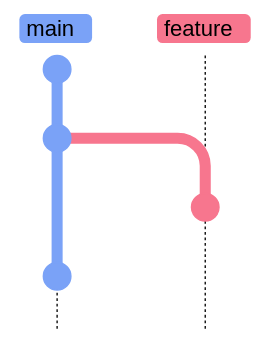
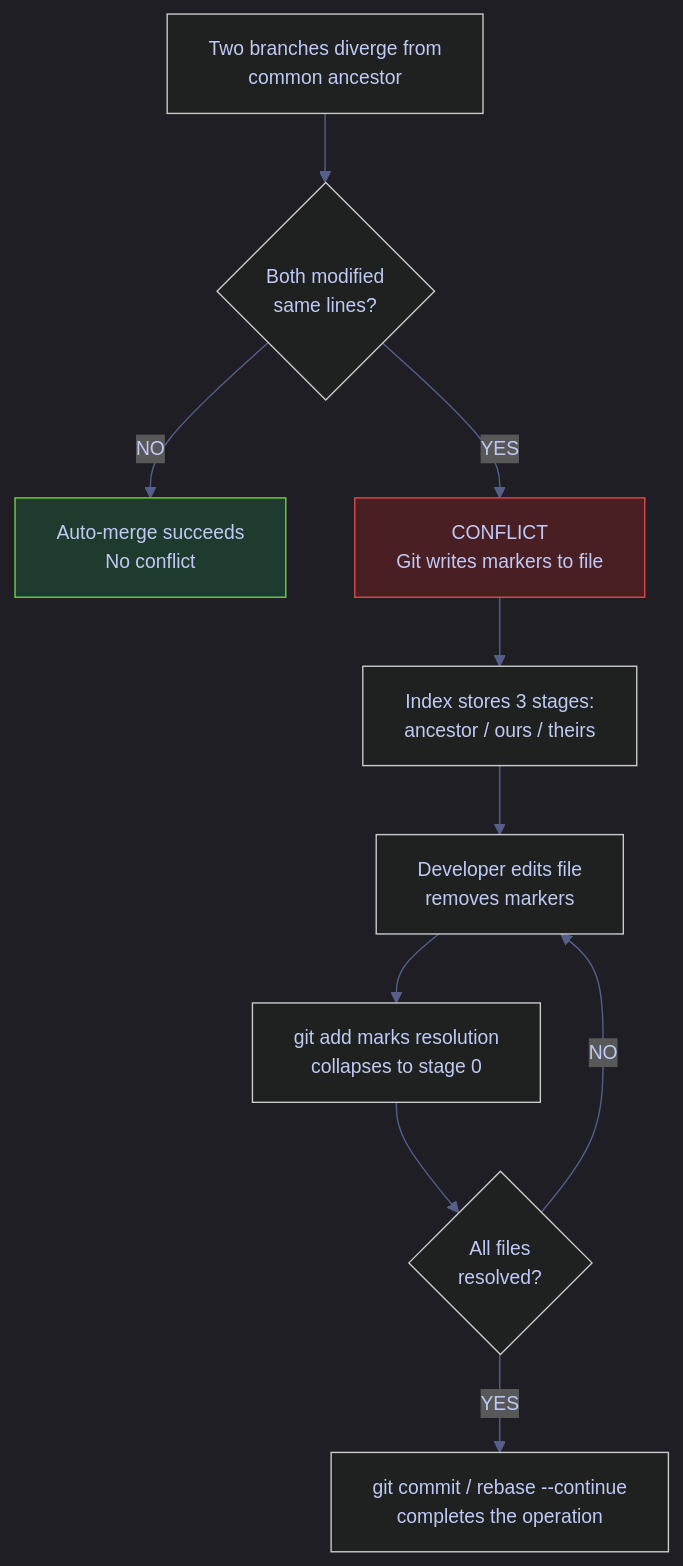
One commit to alp78/elysium changed the first of 4 diagrams in content/08-Git/10-git-merge-conflicts.md. Above: the diagram before and after it, drawn with Mermaid. The commit also changed other lines of this file and 13 other files, not shown here.

````diff
--- a/content/08-Git/10-git-merge-conflicts.md
+++ b/content/08-Git/10-git-merge-conflicts.md
@@ -28,10 +42,27 @@
 ```mermaid
-%%{init: {'theme': 'base', 'themeVariables': {'git0': '#7aa2f7', 'git1': '#f7768e', 'git2': '#9ece6a', 'git3': '#e0af68', 'git4': '#bb9af7', 'gitBranchLabel0': '#000000', 'gitBranchLabel1': '#000000', 'gitBranchLabel2': '#000000', 'gitBranchLabel3': '#000000', 'commitLabelColor': '#ffffff', 'commitLabelBackground': 'transparent', 'commitLabelFontSize': '14px', 'tagLabelColor': '#000000', 'tagLabelBackground': '#c0caf5'}, 'gitGraph': {'mainBranchName': 'main'}} }%%
-gitGraph TB:
-  commit id: "A"
-  commit id: "B"
-  branch feature
-  commit id: "C"
-  checkout main
-  commit id: "D"
+%%{init: {'theme': 'dark', 'themeVariables': {
+  'primaryColor': '#292e42',
+  'primaryTextColor': '#c0caf5',
+  'primaryBorderColor': '#565f89',
+  'lineColor': '#565f89',
+  'secondaryColor': '#1a1b26',
+  'tertiaryColor': '#24283b',
+  'noteTextColor': '#c0caf5',
+  'noteBkgColor': '#292e42',
+  'textColor': '#c0caf5',
+  'fontSize': '14px'
+}}}%%
+flowchart TD
+    A["Two branches diverge from<br/>common ancestor"] --> B{"Both modified<br/>same lines?"}
+    B -->|NO| C["Auto-merge succeeds<br/>No conflict"]
+    B -->|YES| D["CONFLICT<br/>Git writes markers to file"]
+    D --> E["Index stores 3 stages:<br/>ancestor / ours / theirs"]
+    E --> F["Developer edits file<br/>removes markers"]
+    F --> G["git add marks resolution<br/>collapses to stage 0"]
+    G --> H{"All files<br/>resolved?"}
+    H -->|NO| F
+    H -->|YES| I["git commit / rebase --continue<br/>completes the operation"]
+
+    style C fill:#1f3b2d,stroke:#73d13d,color:#c0caf5
+    style D fill:#4a1f24,stroke:#db4b4b,color:#c0caf5
 ```
````
